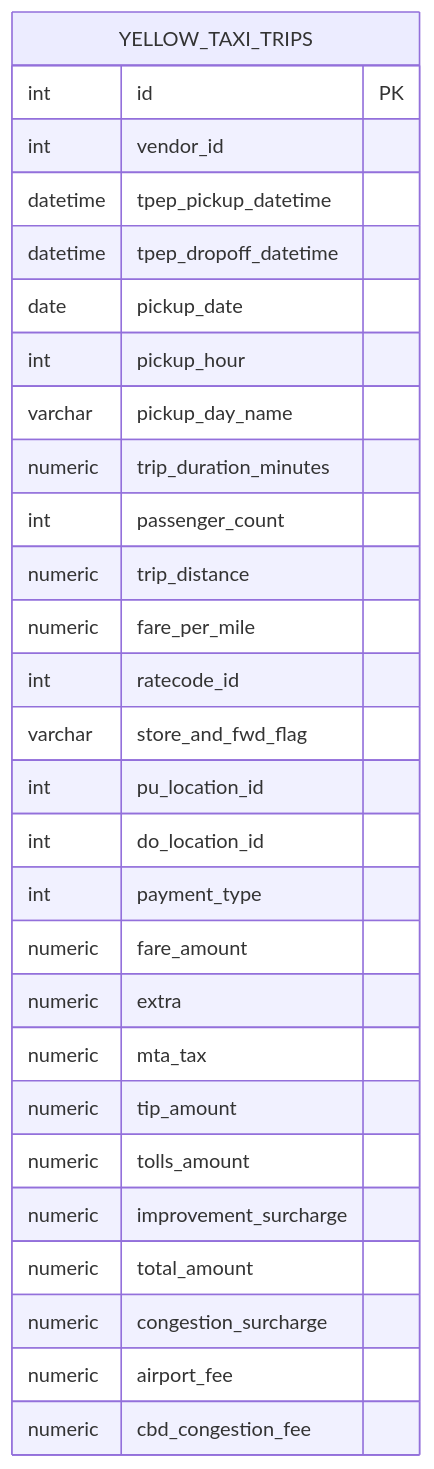
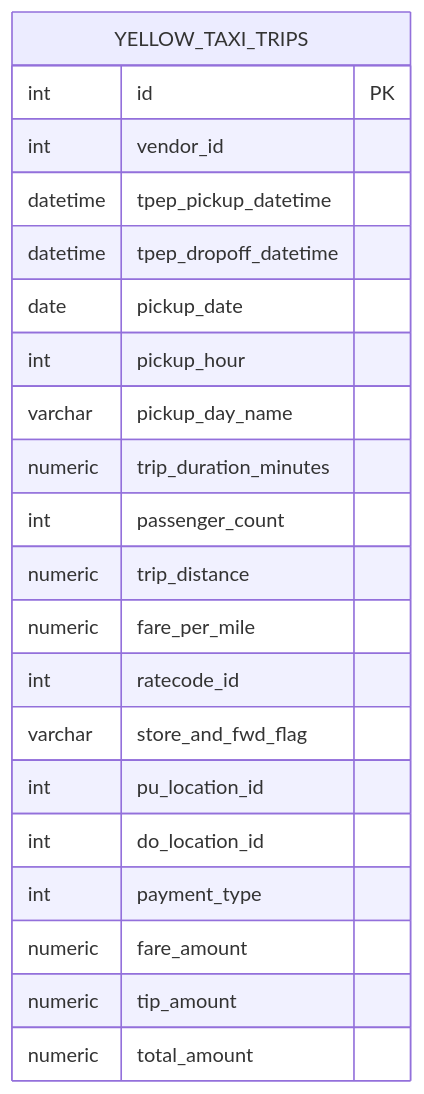
Before and after one commit to Raktabhbhattacharjee/nyc-taxi-etl: the fourth of 4 diagrams in README.md, drawn with Mermaid. The commit also changed other lines of this file, not shown here.

````diff
--- a/README.md
+++ b/README.md
@@ -68,31 +72,24 @@
 ```mermaid
 erDiagram
     YELLOW_TAXI_TRIPS {
         int id PK
         int vendor_id
         datetime tpep_pickup_datetime
         datetime tpep_dropoff_datetime
         date pickup_date
         int pickup_hour
         varchar pickup_day_name
         numeric trip_duration_minutes
         int passenger_count
         numeric trip_distance
         numeric fare_per_mile
         int ratecode_id
         varchar store_and_fwd_flag
         int pu_location_id
         int do_location_id
         int payment_type
         numeric fare_amount
-        numeric extra
-        numeric mta_tax
         numeric tip_amount
-        numeric tolls_amount
-        numeric improvement_surcharge
         numeric total_amount
-        numeric congestion_surcharge
-        numeric airport_fee
-        numeric cbd_congestion_fee
     }
 ```
````
